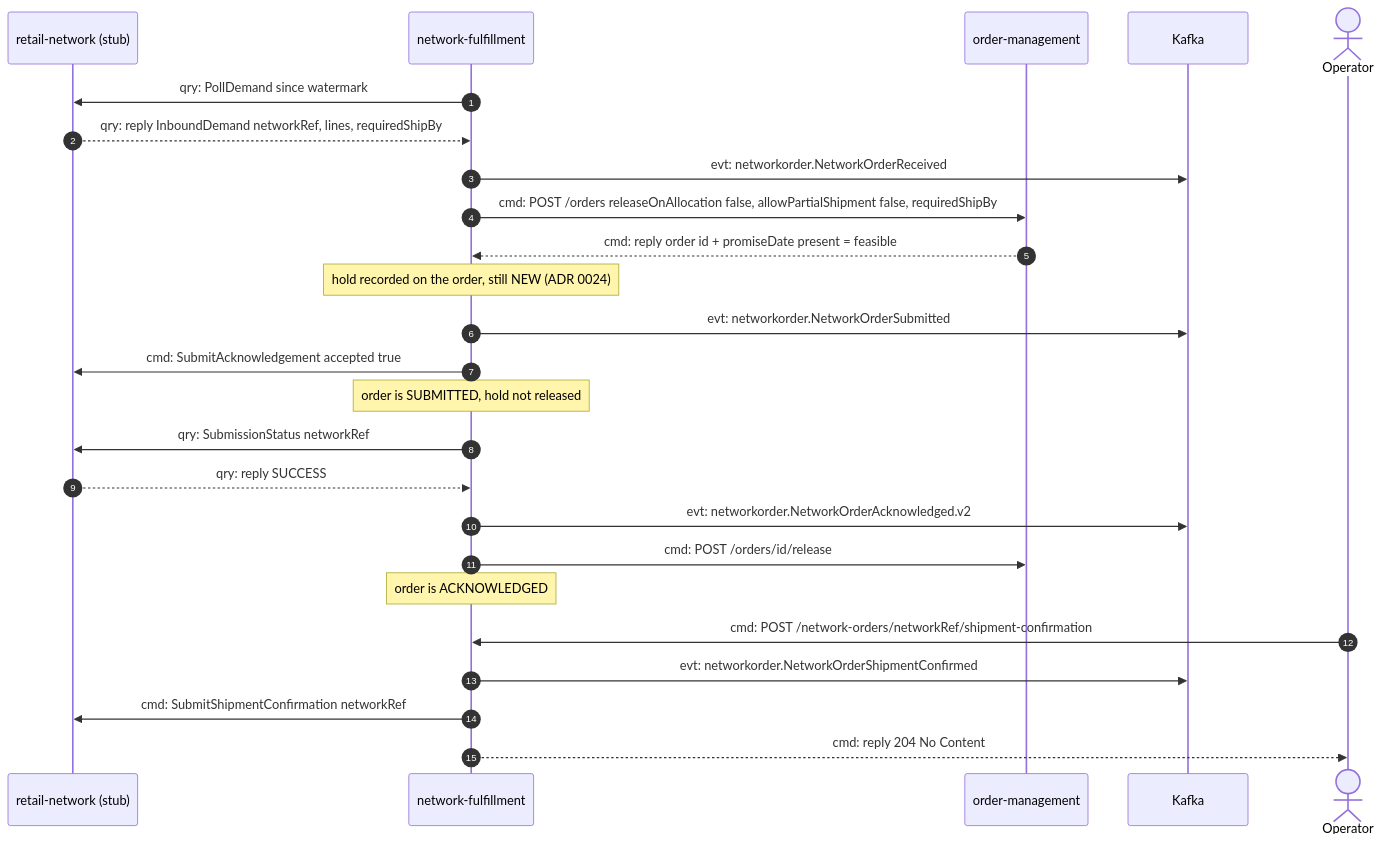
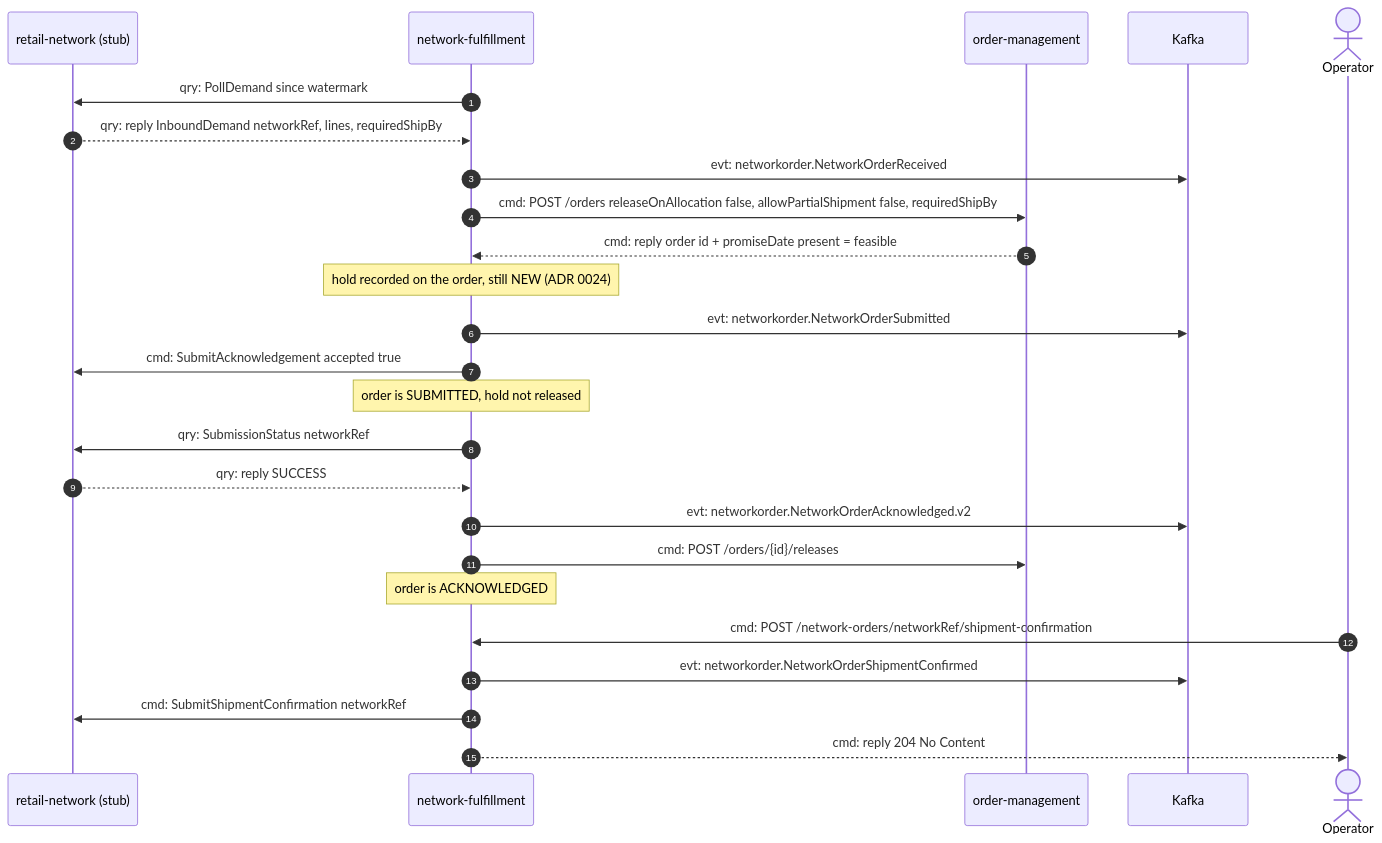
The first of 5 diagrams in docs/contexts/network-fulfillment/domain-message-flow.md (IQVO/warehouse-docs), drawn with Mermaid before and after one commit. The commit also changed other lines of this file and 42 other files, not shown here.

````diff
--- a/docs/contexts/network-fulfillment/domain-message-flow.md
+++ b/docs/contexts/network-fulfillment/domain-message-flow.md
@@ -26,27 +26,27 @@
 ```mermaid
 sequenceDiagram
     autonumber
     participant RN as retail-network (stub)
     participant NF as network-fulfillment
     participant OM as order-management
     participant K as Kafka
     actor OP as Operator
     NF->>RN: qry: PollDemand since watermark
     RN-->>NF: qry: reply InboundDemand networkRef, lines, requiredShipBy
     NF->>K: evt: networkorder.NetworkOrderReceived
     NF->>OM: cmd: POST /orders releaseOnAllocation false, allowPartialShipment false, requiredShipBy
     OM-->>NF: cmd: reply order id + promiseDate present = feasible
     Note over NF: hold recorded on the order, still NEW (ADR 0024)
     NF->>K: evt: networkorder.NetworkOrderSubmitted
     NF->>RN: cmd: SubmitAcknowledgement accepted true
     Note over NF: order is SUBMITTED, hold not released
     NF->>RN: qry: SubmissionStatus networkRef
     RN-->>NF: qry: reply SUCCESS
     NF->>K: evt: networkorder.NetworkOrderAcknowledged.v2
-    NF->>OM: cmd: POST /orders/id/release
+    NF->>OM: cmd: POST /orders/{id}/releases
     Note over NF: order is ACKNOWLEDGED
     OP->>NF: cmd: POST /network-orders/networkRef/shipment-confirmation
     NF->>K: evt: networkorder.NetworkOrderShipmentConfirmed
     NF->>RN: cmd: SubmitShipmentConfirmation networkRef
     NF-->>OP: cmd: reply 204 No Content
 ```
````
